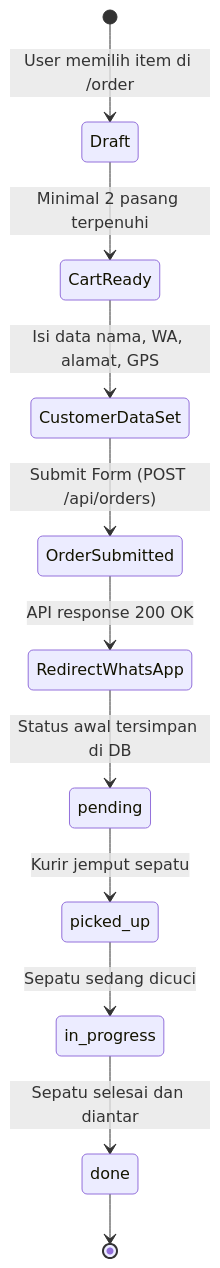
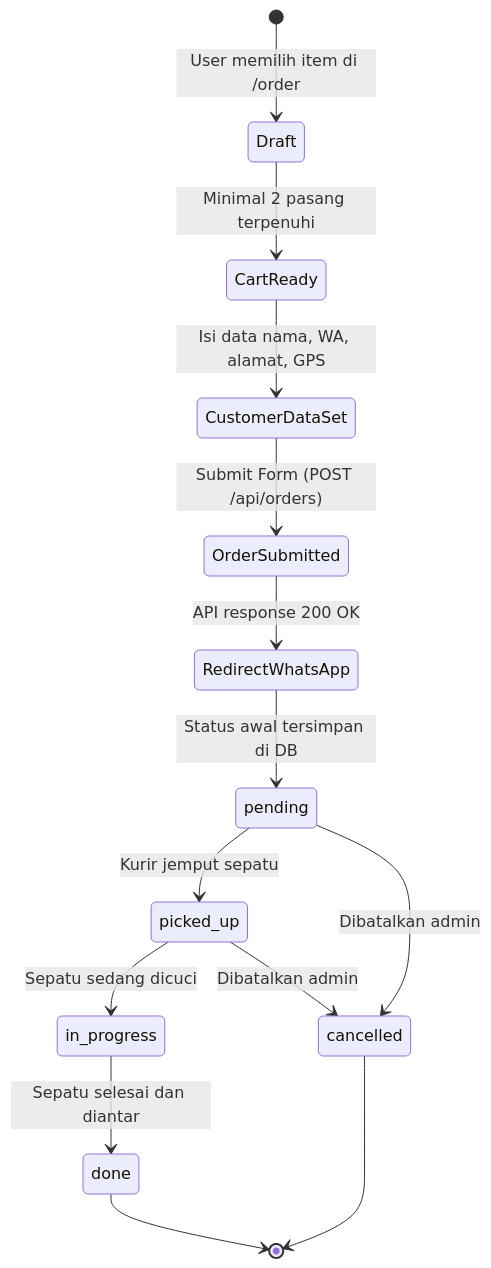
Before and after one commit to Alfar0nt/washpass: the second of 2 diagrams in .ai/APP-FLOW.md, drawn with Mermaid. The commit also changed other lines of this file and 46 other files, not shown here.

````diff
--- a/.ai/APP-FLOW.md
+++ b/.ai/APP-FLOW.md
@@ -35,13 +37,16 @@
 ```mermaid
 stateDiagram-v2
     [*] --> Draft: User memilih item di /order
     Draft --> CartReady: Minimal 2 pasang terpenuhi
     CartReady --> CustomerDataSet: Isi data nama, WA, alamat, GPS
     CustomerDataSet --> OrderSubmitted: Submit Form (POST /api/orders)
     OrderSubmitted --> RedirectWhatsApp: API response 200 OK
     RedirectWhatsApp --> pending: Status awal tersimpan di DB
     pending --> picked_up: Kurir jemput sepatu
     picked_up --> in_progress: Sepatu sedang dicuci
     in_progress --> done: Sepatu selesai dan diantar
+    pending --> cancelled: Dibatalkan admin
+    picked_up --> cancelled: Dibatalkan admin
     done --> [*]
+    cancelled --> [*]
 ```
````
